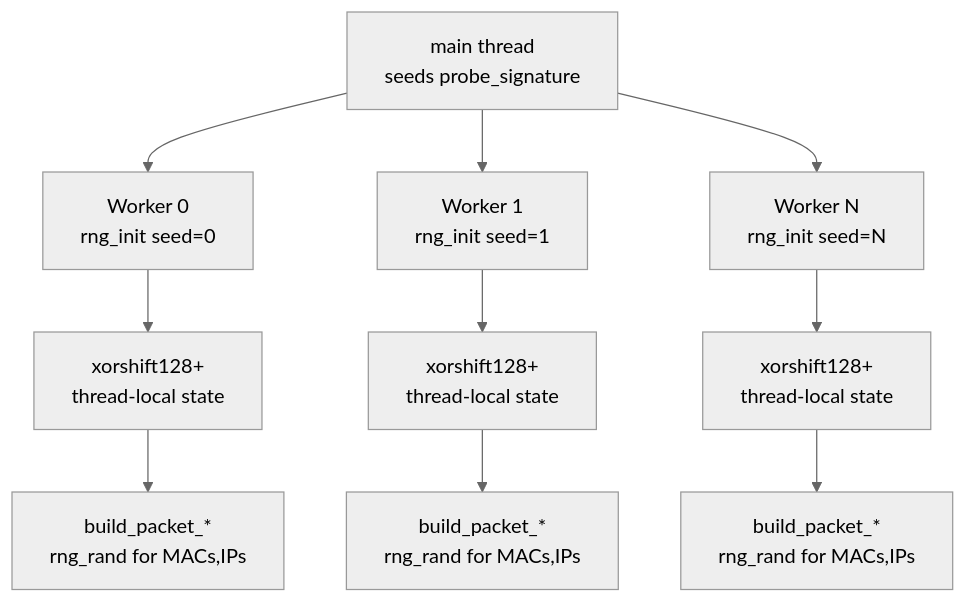
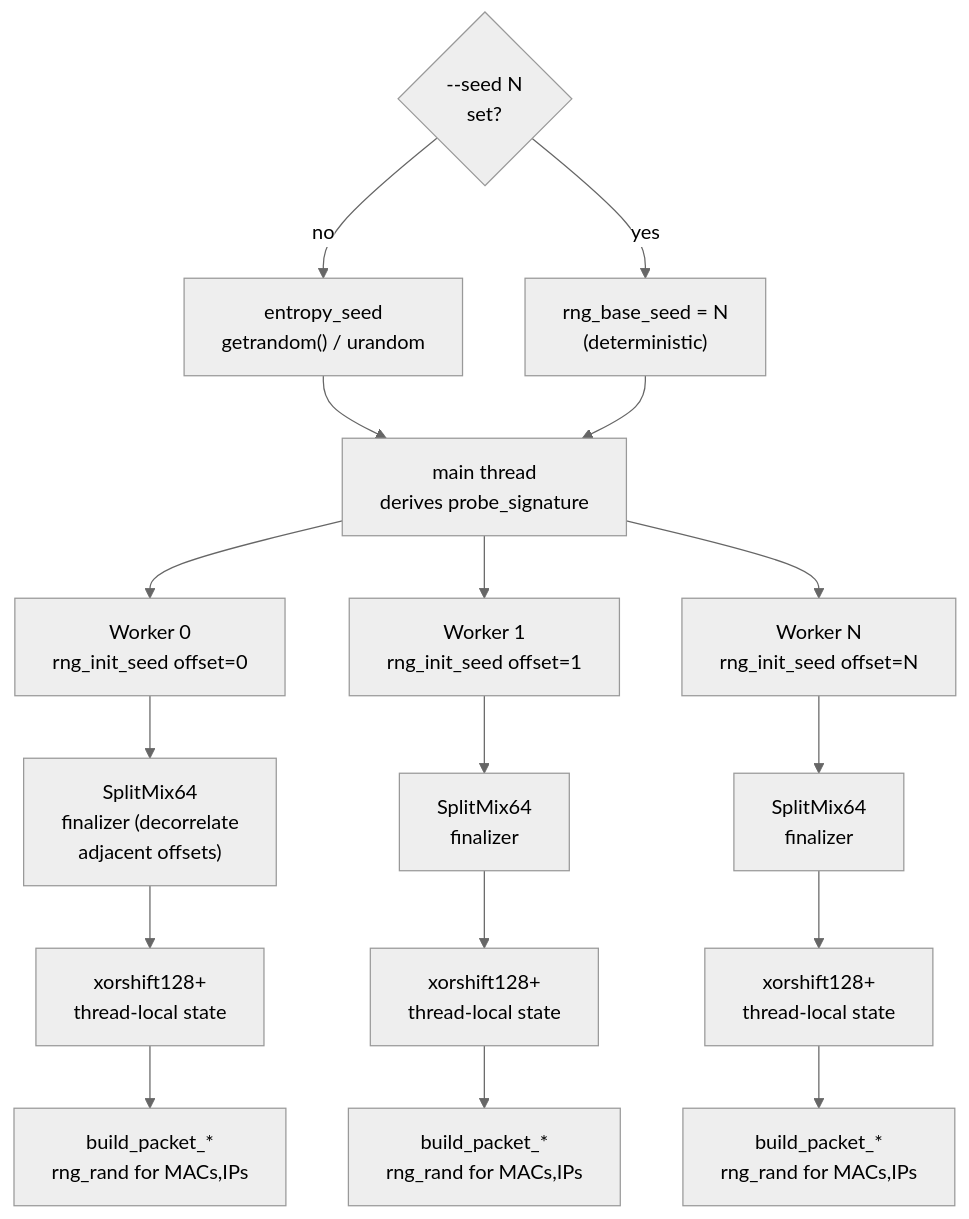
The fourth of 10 diagrams in README.md (mstits/Basidium), drawn with Mermaid (neutral theme) before and after one commit. The commit also changed other lines of this file and 11 other files, not shown here.

````diff
--- a/README.md
+++ b/README.md
@@ -116,14 +149,22 @@
 ```mermaid
 graph TD
-    MAIN[main thread<br/>seeds probe_signature] --> W0[Worker 0<br/>rng_init seed=0]
-    MAIN --> W1[Worker 1<br/>rng_init seed=1]
-    MAIN --> WN[Worker N<br/>rng_init seed=N]
+    SRC{"--seed N<br/>set?"} -->|"no"| ENTROPY["entropy_seed<br/>getrandom() / urandom"]
+    SRC -->|"yes"| FIXED["rng_base_seed = N<br/>(deterministic)"]
+    ENTROPY & FIXED --> MAIN[main thread<br/>derives probe_signature]
 
-    W0 --> RNG0[xorshift128+<br/>thread-local state]
-    W1 --> RNG1[xorshift128+<br/>thread-local state]
-    WN --> RNGN[xorshift128+<br/>thread-local state]
+    MAIN --> W0[Worker 0<br/>rng_init_seed offset=0]
+    MAIN --> W1[Worker 1<br/>rng_init_seed offset=1]
+    MAIN --> WN[Worker N<br/>rng_init_seed offset=N]
+
+    W0 --> MIX0["SplitMix64<br/>finalizer (decorrelate<br/>adjacent offsets)"]
+    W1 --> MIX1["SplitMix64<br/>finalizer"]
+    WN --> MIXN["SplitMix64<br/>finalizer"]
+
+    MIX0 --> RNG0[xorshift128+<br/>thread-local state]
+    MIX1 --> RNG1[xorshift128+<br/>thread-local state]
+    MIXN --> RNGN[xorshift128+<br/>thread-local state]
 
     RNG0 --> B0[build_packet_*<br/>rng_rand for MACs,IPs]
     RNG1 --> B1[build_packet_*<br/>rng_rand for MACs,IPs]
     RNGN --> BN[build_packet_*<br/>rng_rand for MACs,IPs]
 ```
````
